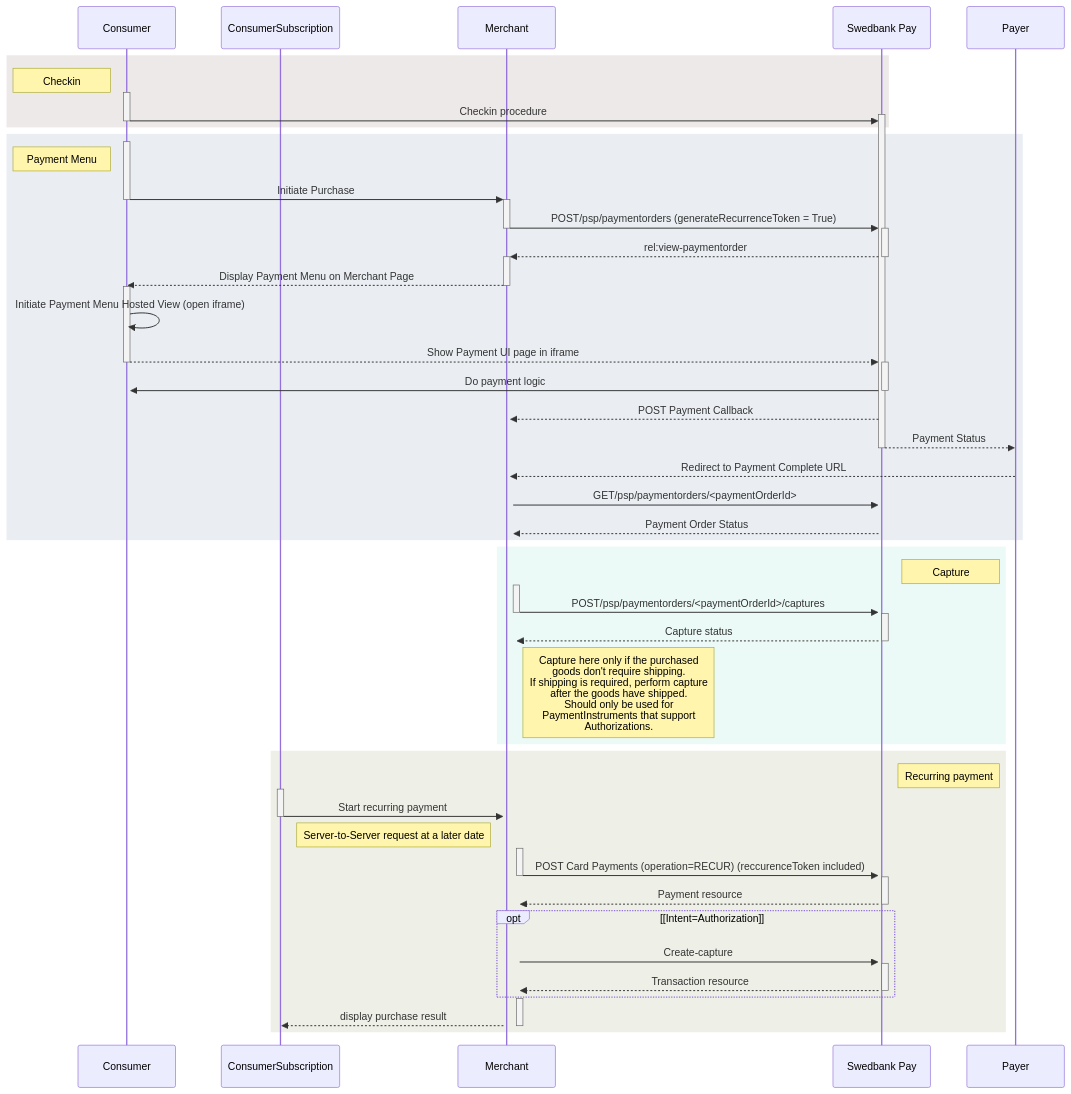
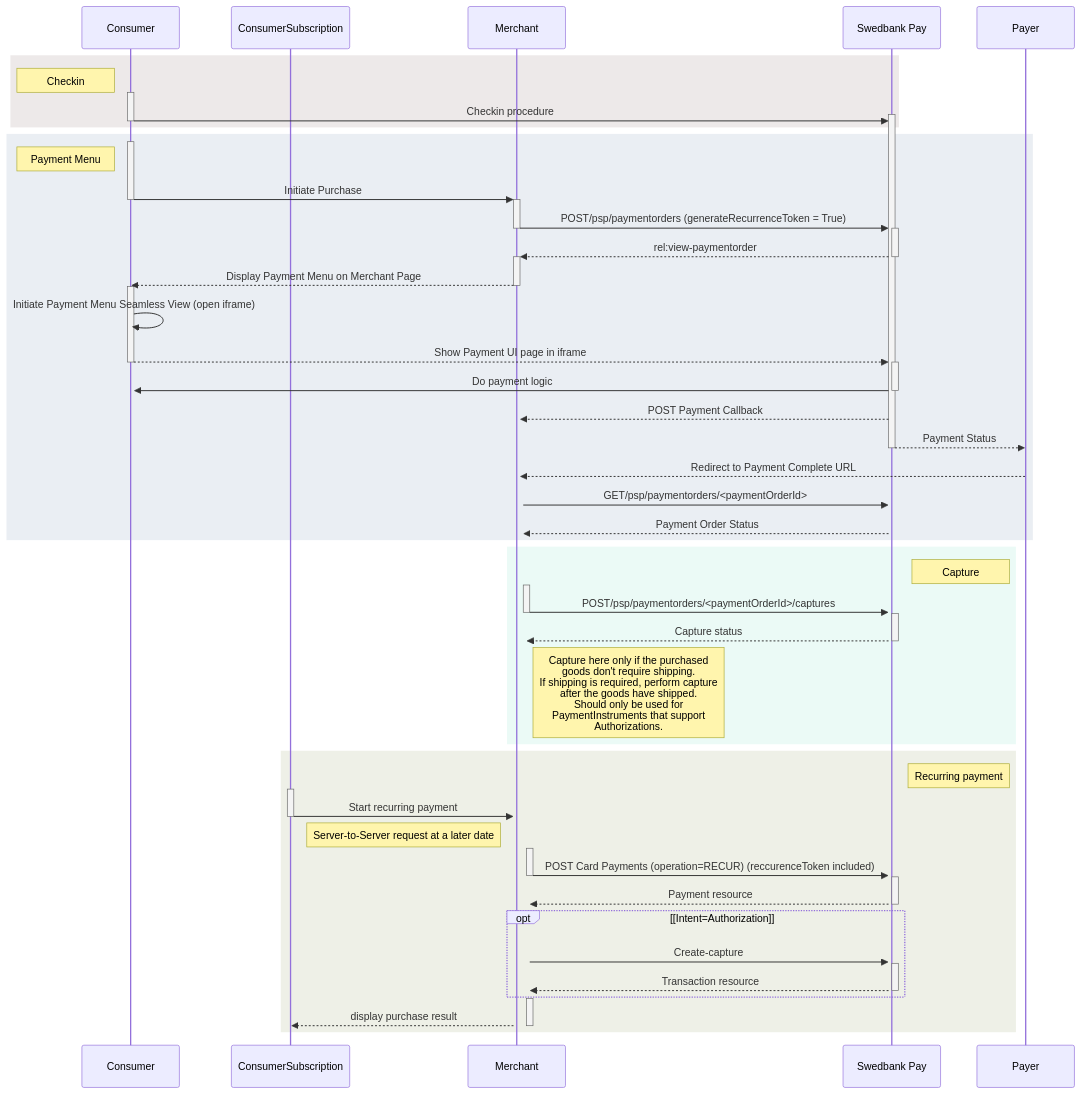
Before and after one commit to SwedbankPay/developer.swedbankpay.com: the diagram in _includes/payment-order-other-features.md, drawn with Mermaid. The commit also changed other lines of this file and 20 other files, not shown here.

Commit message:
DX-1274: It's called Seamless, not Hosted, View

````diff
--- a/_includes/payment-order-other-features.md
+++ b/_includes/payment-order-other-features.md
@@ -620,62 +620,62 @@
 ```mermaid
 sequenceDiagram
     participant Consumer
     participant ConsumerSubscription
     participant Merchant
     participant SwedbankPay as Swedbank Pay
 
     rect rgba(81,43,43,0.1)
         note left of Consumer: Checkin
         activate Consumer
         Consumer ->>+ SwedbankPay: Checkin procedure
         deactivate Consumer
     end
     rect rgba(55, 91, 134,0.1)
         activate Consumer
         note left of Consumer: Payment Menu
         Consumer ->>+ Merchant: Initiate Purchase
         deactivate Consumer
         Merchant ->>+ SwedbankPay: POST/psp/paymentorders (generateRecurrenceToken = True)
         deactivate Merchant
         SwedbankPay -->>+ Merchant: rel:view-paymentorder
         deactivate SwedbankPay
         Merchant -->>- Consumer: Display Payment Menu on Merchant Page
         activate Consumer
-        Consumer ->> Consumer: Initiate Payment Menu Hosted View (open iframe)
+        Consumer ->> Consumer: Initiate Payment Menu Seamless View (open iframe)
         Consumer -->>+ SwedbankPay: Show Payment UI page in iframe
         deactivate Consumer
         SwedbankPay ->>+ Consumer: Do payment logic
         deactivate SwedbankPay
         SwedbankPay -->>+ Merchant: POST Payment Callback
         SwedbankPay -->>- Payer: Payment Status
         Payer -->>+ Merchant: Redirect to Payment Complete URL
         Merchant ->>+ SwedbankPay: GET/psp/paymentorders/<paymentOrderId>
         SwedbankPay -->>+ Merchant: Payment Order Status
     end
     rect rgba(63, 204, 164,0.1)
         note left of Payer: Capture
         activate Merchant
         Merchant ->>+ SwedbankPay: POST/psp/paymentorders/<paymentOrderId>/captures
         deactivate Merchant
         SwedbankPay -->>- Merchant: Capture status
         note right of Merchant: Capture here only if the purchased<br/>goods don't require shipping.<br/>If shipping is required, perform capture<br/>after the goods have shipped.<br>Should only be used for <br>PaymentInstruments that support <br>Authorizations.
     end
     rect rgba(94, 108, 23,0.1)
         note left of Payer: Recurring payment
         activate ConsumerSubscription
         ConsumerSubscription ->>+ Merchant: Start recurring payment
         deactivate ConsumerSubscription
         note left of Merchant: Server-to-Server request at a later date
         activate Merchant
         Merchant ->>+ SwedbankPay: POST Card Payments (operation=RECUR) (reccurenceToken included)
         deactivate Merchant
         SwedbankPay -->>- Merchant: Payment resource
 
         opt [Intent=Authorization]
             Merchant ->>+ SwedbankPay: Create-capture
             SwedbankPay -->>- Merchant: Transaction resource
         end
         activate Merchant
         Merchant -->>- ConsumerSubscription: display purchase result
     end
 ```
````
